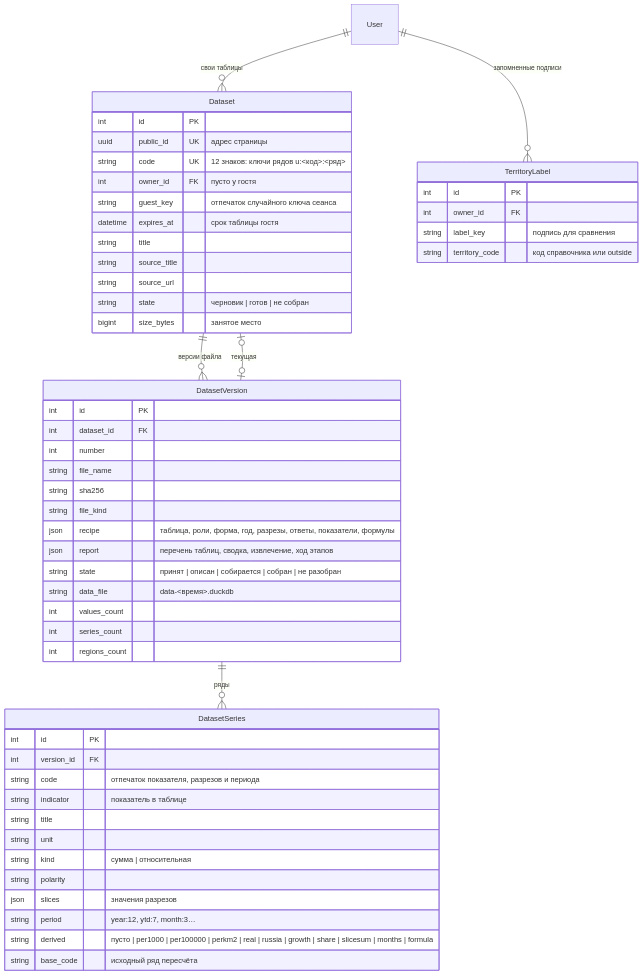
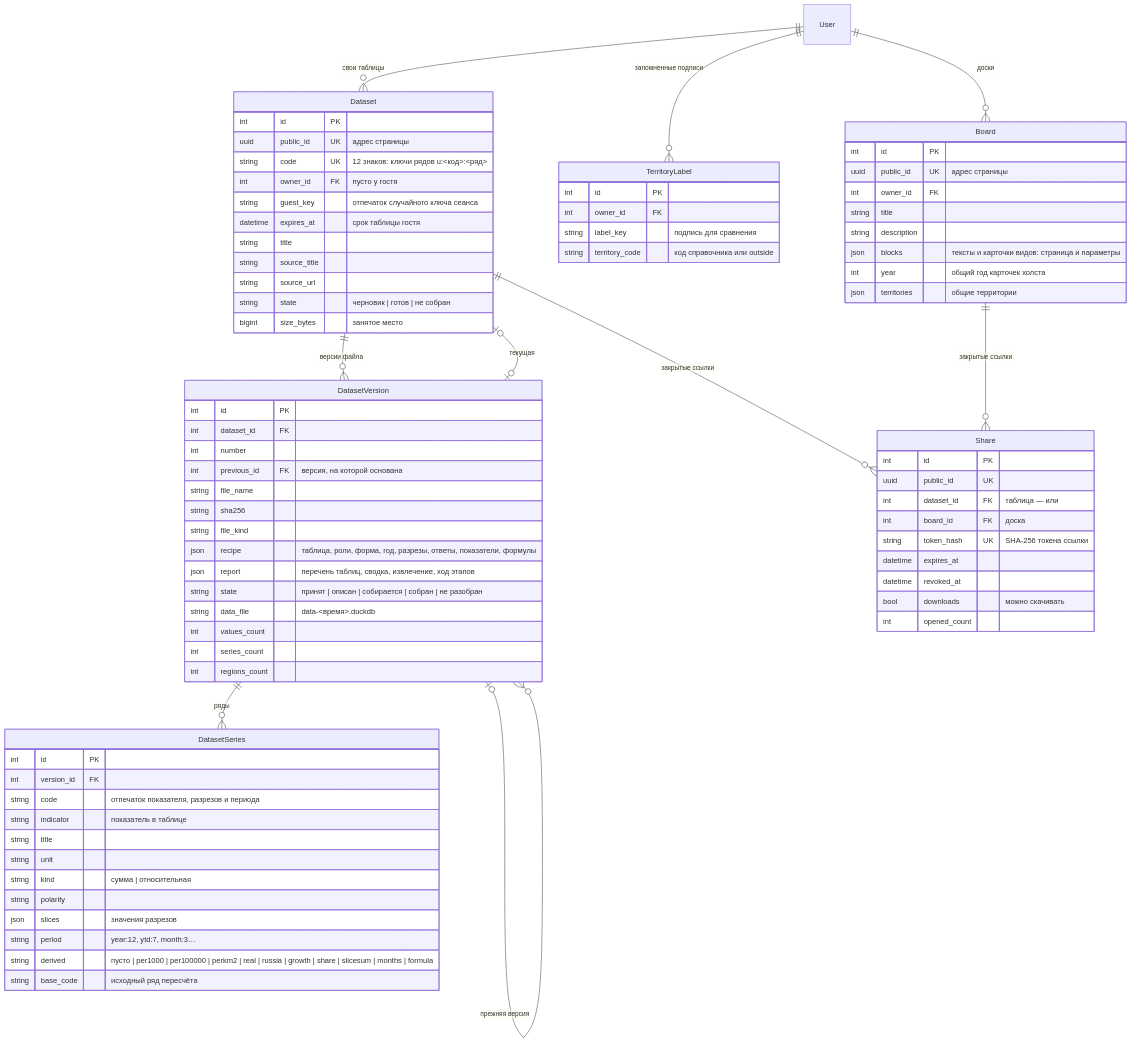
Before and after one commit to ht2473/RegionLens_v2: the third of 4 diagrams in docs/DATA_MODEL.md, drawn with Mermaid. The commit also changed other lines of this file and 114 other files, not shown here.

First line of the commit message:
Свои данные: ссылки, версии, доски и картинки

````diff
--- a/docs/DATA_MODEL.md
+++ b/docs/DATA_MODEL.md
@@ -189,7 +189,11 @@
     Dataset ||--o{ DatasetVersion : "версии файла"
     Dataset |o--o| DatasetVersion : "текущая"
     DatasetVersion ||--o{ DatasetSeries : "ряды"
+    DatasetVersion |o--o{ DatasetVersion : "прежняя версия"
     User ||--o{ TerritoryLabel : "запомненные подписи"
+    User ||--o{ Board : "доски"
+    Dataset ||--o{ Share : "закрытые ссылки"
+    Board ||--o{ Share : "закрытые ссылки"
 
     Dataset {
         int id PK
@@ -208,6 +212,7 @@
         int id PK
         int dataset_id FK
         int number
+        int previous_id FK "версия, на которой основана"
         string file_name
         string sha256
         string file_kind
@@ -239,4 +244,25 @@
         string label_key "подпись для сравнения"
         string territory_code "код справочника или outside"
     }
+    Board {
+        int id PK
+        uuid public_id UK "адрес страницы"
+        int owner_id FK
+        string title
+        string description
+        json blocks "тексты и карточки видов: страница и параметры"
+        int year "общий год карточек холста"
+        json territories "общие территории"
+    }
+    Share {
+        int id PK
+        uuid public_id UK
+        int dataset_id FK "таблица — или"
+        int board_id FK "доска"
+        string token_hash UK "SHA-256 токена ссылки"
+        datetime expires_at
+        datetime revoked_at
+        bool downloads "можно скачивать"
+        int opened_count
+    }
 ```
````
